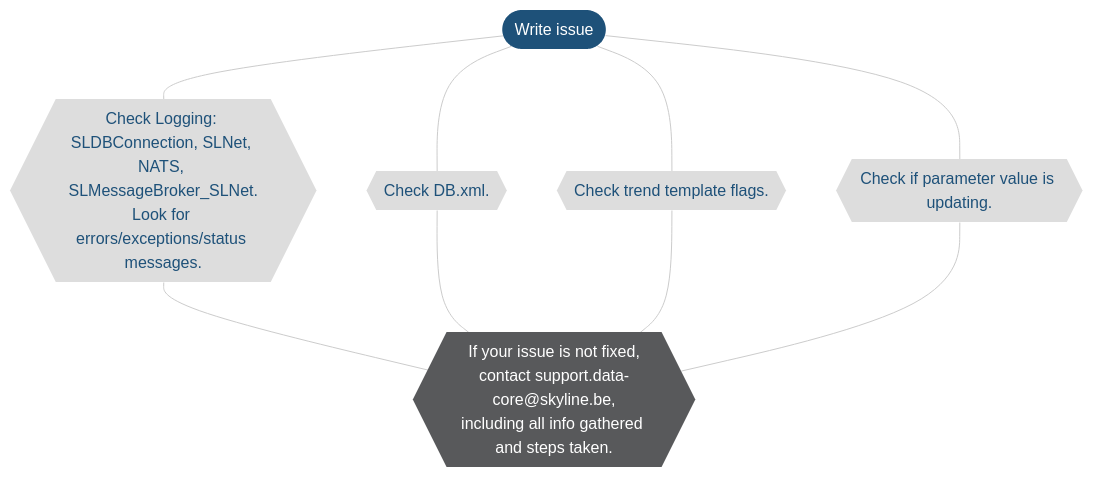
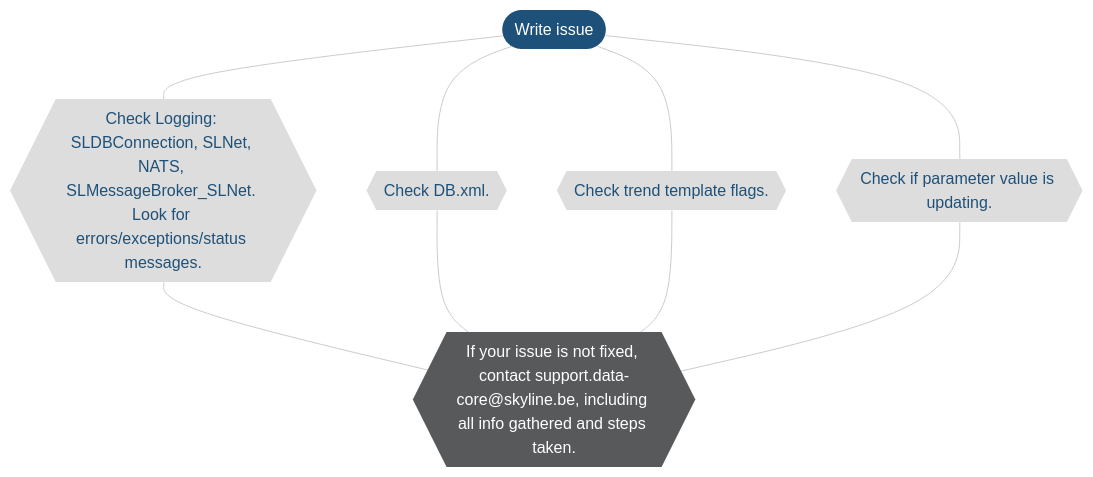
Before and after one commit to SkylineCommunications/dataminer-docs: the third of 3 diagrams in user-guide/Troubleshooting/Troubleshooting_Flowcharts/Troubleshooting_Trending.md, drawn with Mermaid (forest theme). The commit also changed other lines of this file and 8 other files, not shown here.

````diff
--- a/user-guide/Troubleshooting/Troubleshooting_Flowcharts/Troubleshooting_Trending.md
+++ b/user-guide/Troubleshooting/Troubleshooting_Flowcharts/Troubleshooting_Trending.md
@@ -99,35 +99,35 @@
 ```mermaid
 flowchart TD
 %% Define styles %%
 linkStyle default stroke:#cccccc
 classDef classTerminal fill:#1e5179,stroke:#1e5179,color:#ffffff,stroke-width:0px;
 classDef classDecision fill:#4baeea,stroke:#4baeea,color:#ffffff,stroke-width:0px;
 classDef classExternalRef fill:#9ddaf5,stroke:#9ddaf5,color:#1E5179,stroke-width:0px;
 classDef classActionClickable fill:#999999,stroke:#999999,color:#ffffff,stroke-width:0px;
 classDef classAction fill:#dddddd,stroke:#dddddd,color:#1E5179,stroke-width:0px;
 classDef classSolution fill:#58595b,stroke:#58595b,color:#ffffff,stroke-width:0px;
 %% Define blocks %%
 WriteIssue([Write issue])
-NotFixed{{"If your issue is not fixed,\ncontact support.data-core@skyline.be,\nincluding all info gathered and steps taken."}}
-WriteIssueActionLogging{{"Check Logging: SLDBConnection, SLNet, NATS, SLMessageBroker_SLNet.\nLook for errors/exceptions/status messages."}}
+NotFixed{{"If your issue is not fixed, contact support.data-core@skyline.be, including all info gathered and steps taken."}}
+WriteIssueActionLogging{{"Check Logging: SLDBConnection, SLNet, NATS, SLMessageBroker_SLNet. Look for errors/exceptions/status messages."}}
 WriteIssueActionDBXML{{"Check DB.xml."}}
 WriteIssueActionTrendTemplate{{"Check trend template flags."}}
 WriteIssueActionParameter{{"Check if parameter value is updating."}}
 %% Connect blocks %%
 WriteIssue --- WriteIssueActionLogging
 WriteIssue --- WriteIssueActionDBXML
 WriteIssue --- WriteIssueActionTrendTemplate
 WriteIssue --- WriteIssueActionParameter
 WriteIssueActionLogging --- NotFixed
 WriteIssueActionDBXML --- NotFixed
 WriteIssueActionTrendTemplate --- NotFixed
 WriteIssueActionParameter --- NotFixed
 %% Define hyperlinks %%
 %% Apply styles to blocks %%
 class WriteIssue classTerminal;
 class AlarmConsole,Surveyor,Apps,Trending classExternalRef;
 %%class classActionClickable;
 class GetDELT,TrendDataInspector,QueryDatabase,FollowCTT,ReadIssueChecks,ClientExport,WriteIssueActionLogging,WriteIssueActionDBXML,WriteIssueActionTrendTemplate,WriteIssueActionParameter classAction;
 class DataPresent classDecision;
 class NotFixed classSolution;
 ```
````
